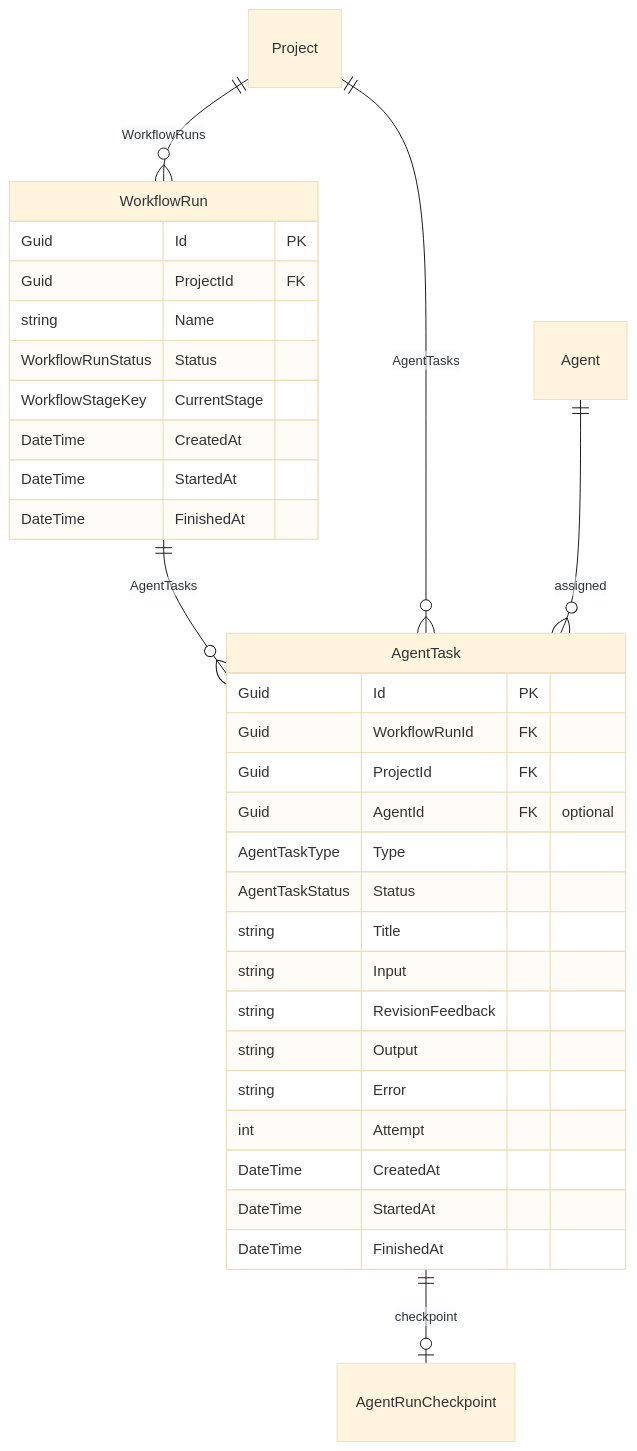
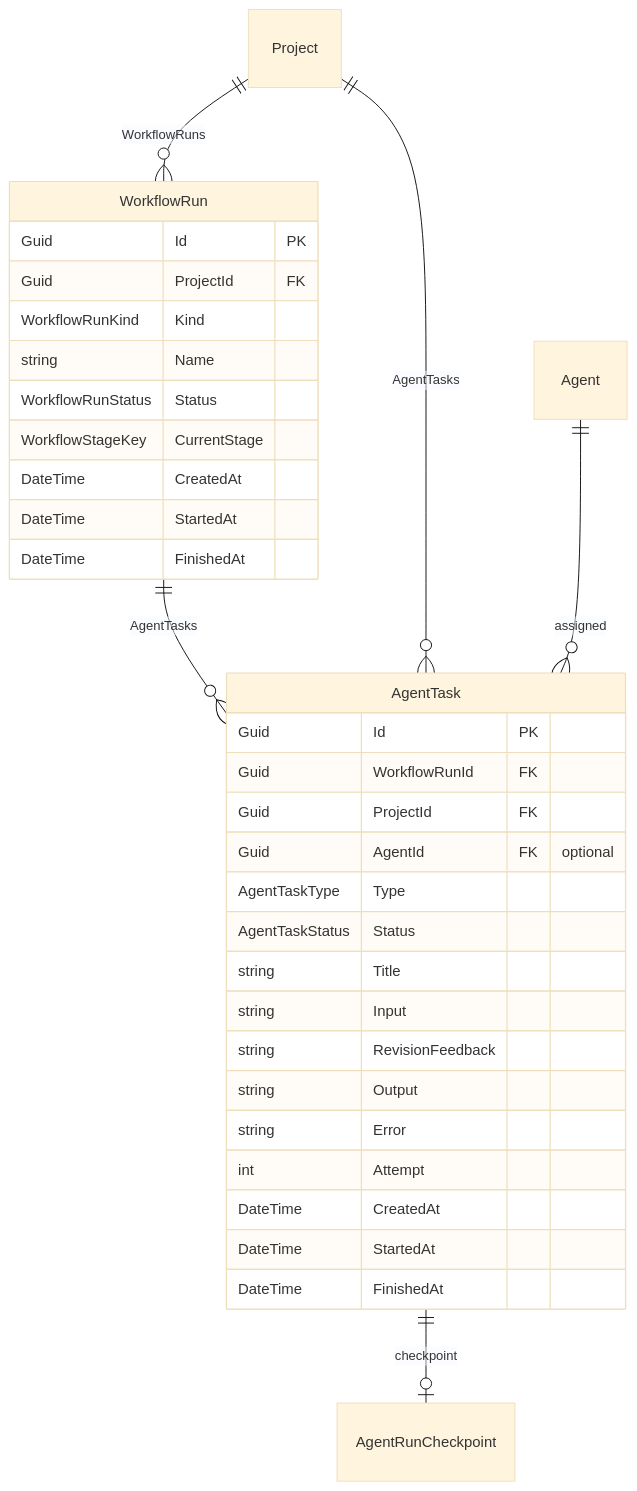
The third of 9 diagrams in docs/data-model.md (Songlong0506/ICOGenerator-v4), drawn with Mermaid (base theme) before and after one commit. The commit also changed other lines of this file and 41 other files, not shown here.

First line of the commit message:
Bỏ 3 cột chết, gộp cờ trùng lặp (IsApproved, IsRead), thêm WorkflowRun.Kind

````diff
--- a/docs/data-model.md
+++ b/docs/data-model.md
@@ -217,37 +216,38 @@
 ```mermaid
 erDiagram
     WorkflowRun {
         Guid Id PK
         Guid ProjectId FK
+        WorkflowRunKind Kind
         string Name
         WorkflowRunStatus Status
         WorkflowStageKey CurrentStage
         DateTime CreatedAt
         DateTime StartedAt
         DateTime FinishedAt
     }
 
     AgentTask {
         Guid Id PK
         Guid WorkflowRunId FK
         Guid ProjectId FK
         Guid AgentId FK "optional"
         AgentTaskType Type
         AgentTaskStatus Status
         string Title
         string Input
         string RevisionFeedback
         string Output
         string Error
         int Attempt
         DateTime CreatedAt
         DateTime StartedAt
         DateTime FinishedAt
     }
 
     Project ||--o{ WorkflowRun : WorkflowRuns
     WorkflowRun ||--o{ AgentTask : AgentTasks
     Project ||--o{ AgentTask : AgentTasks
     AgentTask ||--o| AgentRunCheckpoint : checkpoint
     Agent ||--o{ AgentTask : assigned
 ```
````
